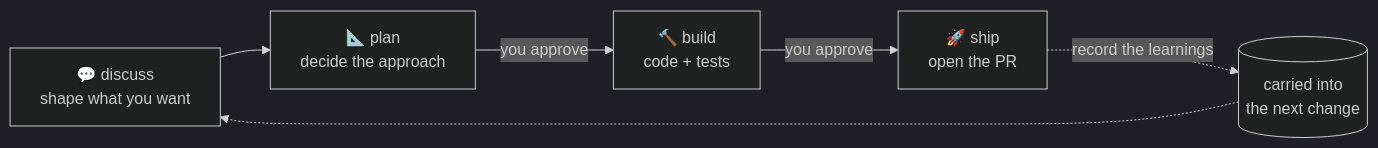
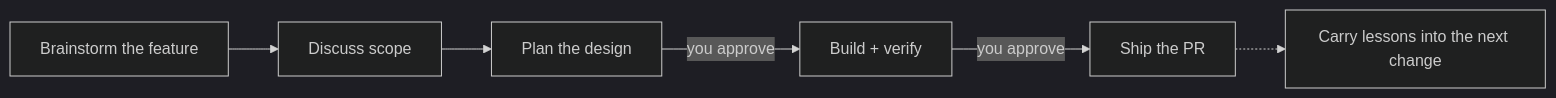
One commit to ELUNOX/mochiflow changed the diagram in README.md. Above: the diagram before and after it, drawn with Mermaid (dark theme). The commit also changed other lines of this file and 8 other files, not shown here.

````diff
--- a/README.md
+++ b/README.md
@@ -46,8 +107,8 @@
 ```mermaid
 flowchart LR
-    A["💬 discuss<br/>shape what you want"] --> B["📐 plan<br/>decide the approach"]
-    B -->|"you approve"| C["🔨 build<br/>code + tests"]
-    C -->|"you approve"| D["🚀 ship<br/>open the PR"]
-    D -.->|"record the learnings"| E[(carried into<br/>the next change)]
-    E -.-> A
+    A["Brainstorm the feature"] --> B["Discuss scope"]
+    B --> C["Plan the design"]
+    C -->|"you approve"| D["Build + verify"]
+    D -->|"you approve"| E["Ship the PR"]
+    E -.-> F["Carry lessons into the next change"]
 ```
````
